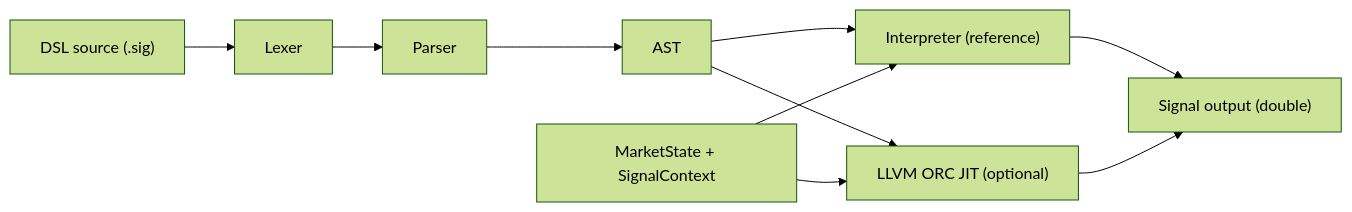
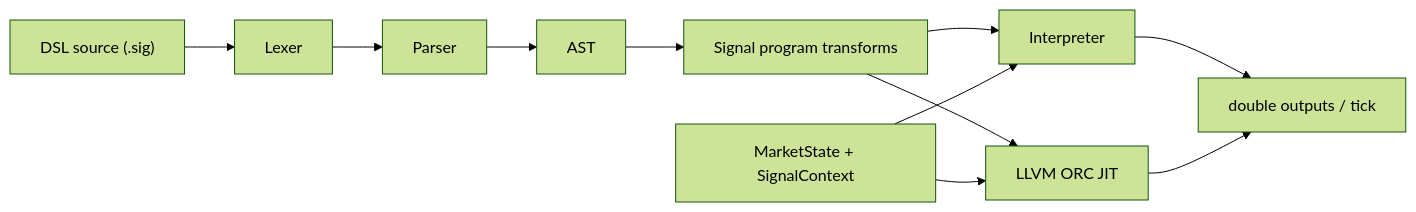
Before and after one commit to gentialiaj411/jit-signal-engine: the diagram in docs/architecture.md, drawn with Mermaid (forest theme). The commit also changed other lines of this file and 41 other files, not shown here.

````diff
--- a/docs/architecture.md
+++ b/docs/architecture.md
@@ -7,12 +17,13 @@
 ```mermaid
 flowchart LR
   A["DSL source (.sig)"] --> B["Lexer"]
   B --> C["Parser"]
   C --> D["AST"]
-  D --> E["Interpreter (reference)"]
-  D --> F["LLVM ORC JIT (optional)"]
-  E --> G["Signal output (double)"]
-  F --> G
-  H["MarketState + SignalContext"] --> E
-  H --> F
+  D --> E["Signal program transforms"]
+  E --> F["Interpreter"]
+  E --> G["LLVM ORC JIT"]
+  F --> H["double outputs / tick"]
+  G --> H
+  I["MarketState + SignalContext"] --> F
+  I --> G
 ```
````
